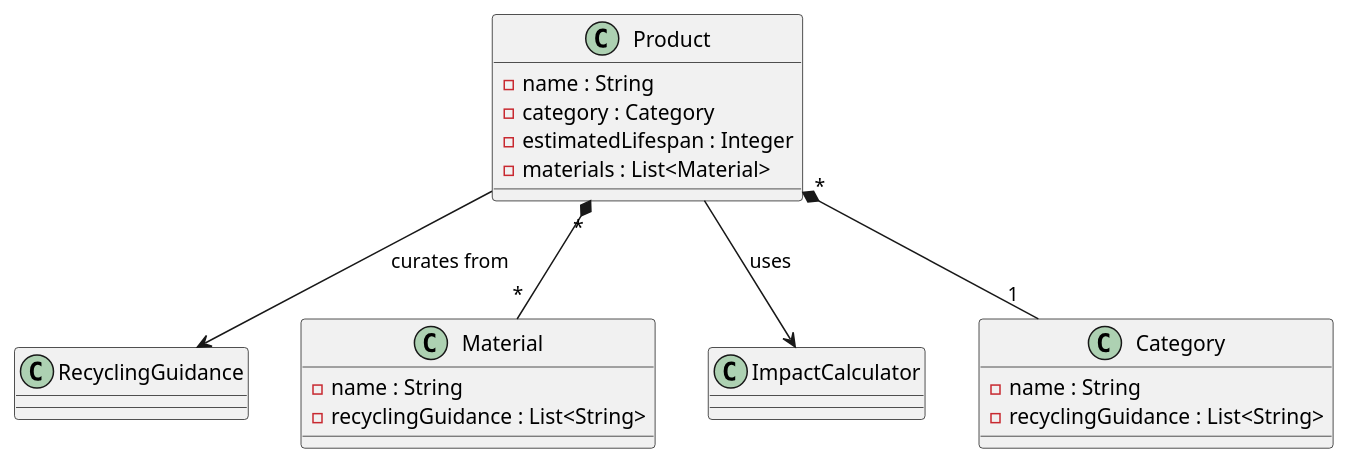
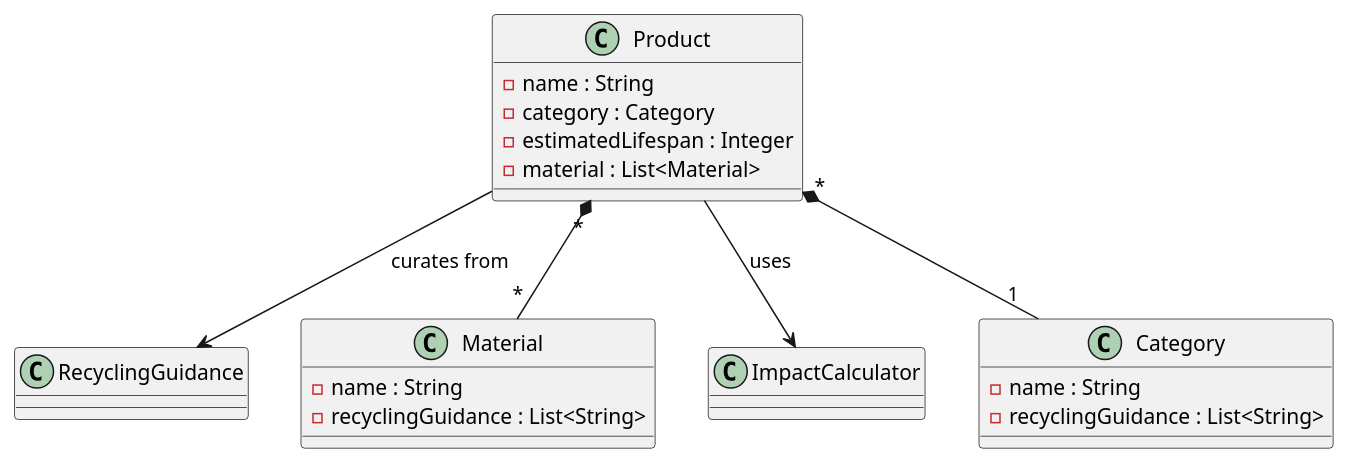
The diagram in dev-requirements.md (flavio-colangelo/ood-project), drawn with PlantUML before and after one commit. The commit also changed other lines of this file, not shown here.

````diff
--- a/dev-requirements.md
+++ b/dev-requirements.md
@@ -95,48 +95,48 @@
 ```puml
 @startuml diagram
 
 class RecyclingGuidance {
 
 }
 
 class Product {
     - name : String
     - category : Category
     - estimatedLifespan : Integer
-    - materials : List<Material>
+    - material : List<Material>
 }
 
 class Material {
     - name : String
     - recyclingGuidance : List<String>
 }
 
 class ImpactCalculator {
 
 }
 
 class Category {
     - name : String
     - recyclingGuidance : List<String>
 }
 
 ' class DatabaseManager {
 '     - username : String
 '     - password : String
 ' }
 ' 
 ' class Menu {
 '     - menuOptions : List<String>
 ' }
 
 Product "*" *-- "1" Category
 Product "*" *-- "*" Material
 Product --> RecyclingGuidance : curates from
 Product --> ImpactCalculator : uses
 ' Menu --> Product : uses
 ' DatabaseManager <-- Product : uses
 ' DatabaseManager <-- Material : uses
 ' Menu --> RecyclingGuidance : uses
 
 @enduml diagram
 ```
````
